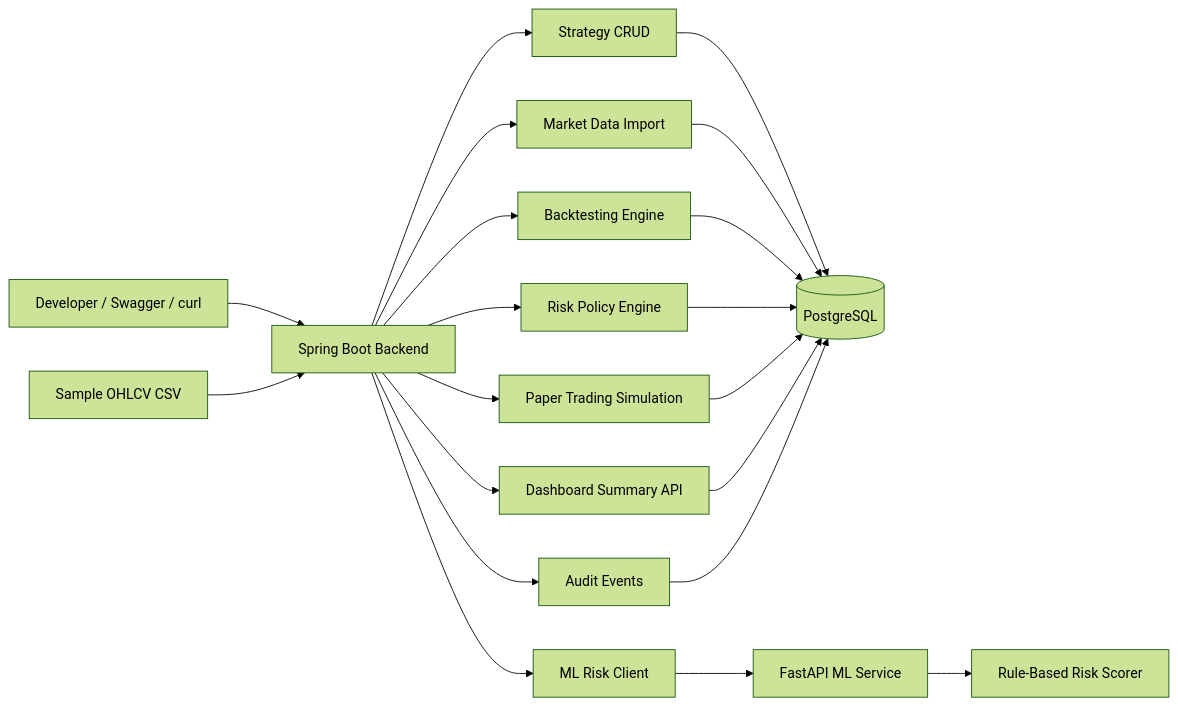
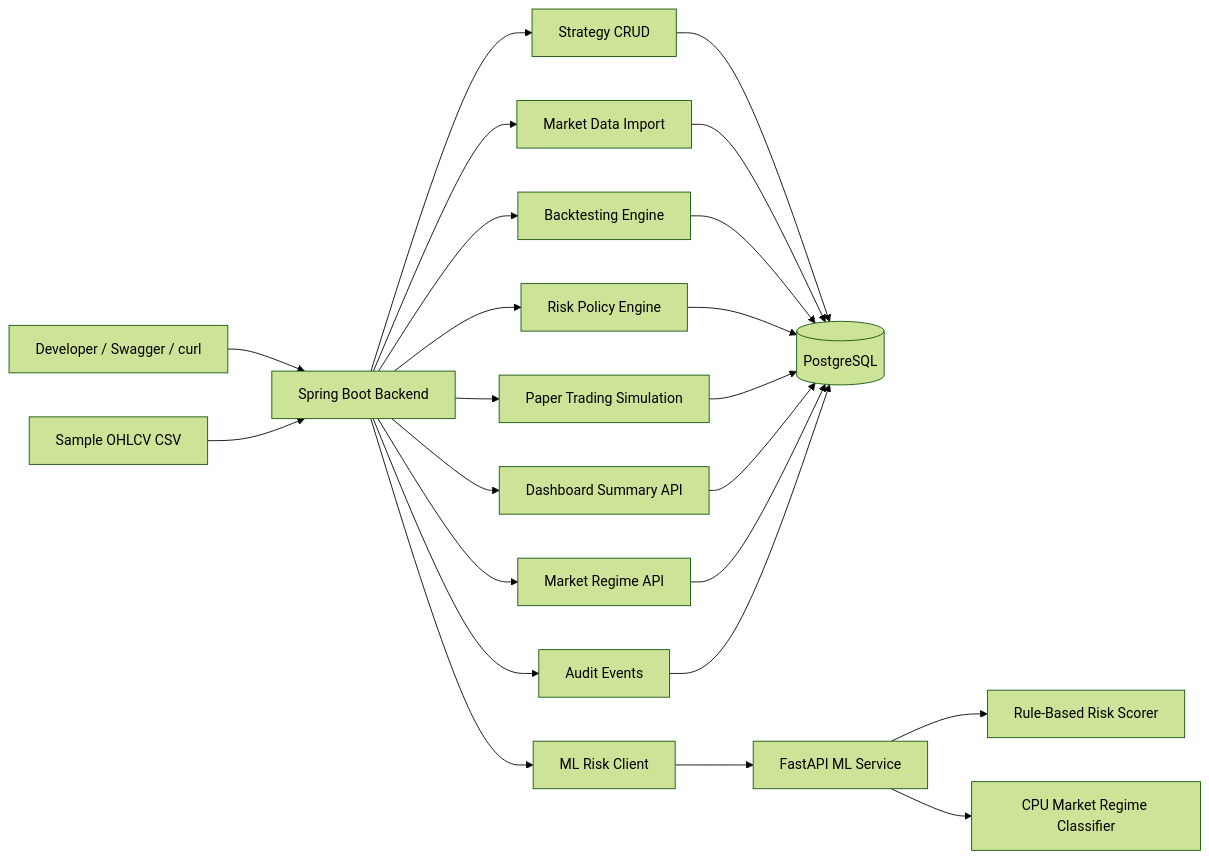
The diagram in docs/architecture.md (isthisjason/signal-attention), drawn with Mermaid (forest theme) before and after one commit. The commit also changed other lines of this file and 4 other files, not shown here.

Commit message:
Document market regime workflow

````diff
--- a/docs/architecture.md
+++ b/docs/architecture.md
@@ -3,25 +3,28 @@
 ```mermaid
 flowchart LR
     user[Developer / Swagger / curl] --> backend[Spring Boot Backend]
     csv[Sample OHLCV CSV] --> backend
 
     backend --> strategies[Strategy CRUD]
     backend --> marketdata[Market Data Import]
     backend --> backtests[Backtesting Engine]
     backend --> risk[Risk Policy Engine]
     backend --> paper[Paper Trading Simulation]
     backend --> dashboard[Dashboard Summary API]
+    backend --> regime[Market Regime API]
     backend --> audit[Audit Events]
     backend --> mlclient[ML Risk Client]
 
     strategies --> postgres[(PostgreSQL)]
     marketdata --> postgres
     backtests --> postgres
     risk --> postgres
     paper --> postgres
     dashboard --> postgres
+    regime --> postgres
     audit --> postgres
 
     mlclient --> ml[FastAPI ML Service]
     ml --> scorer[Rule-Based Risk Scorer]
+    ml --> regimeClassifier[CPU Market Regime Classifier]
 ```
````
